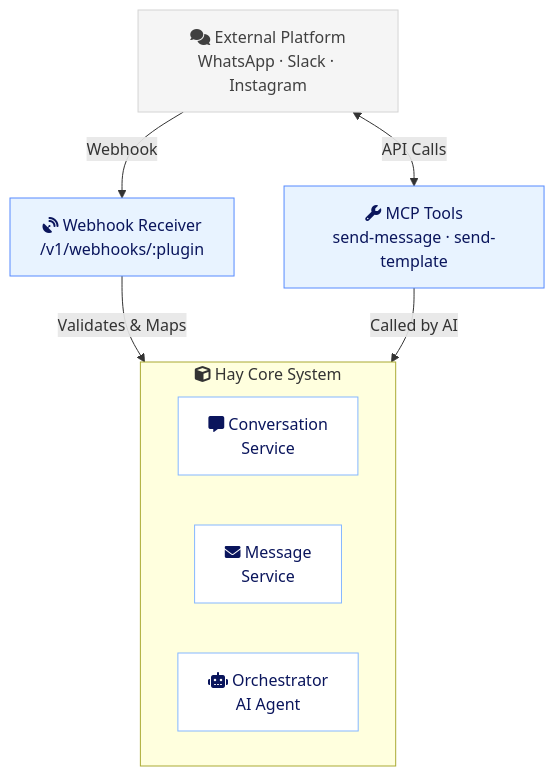
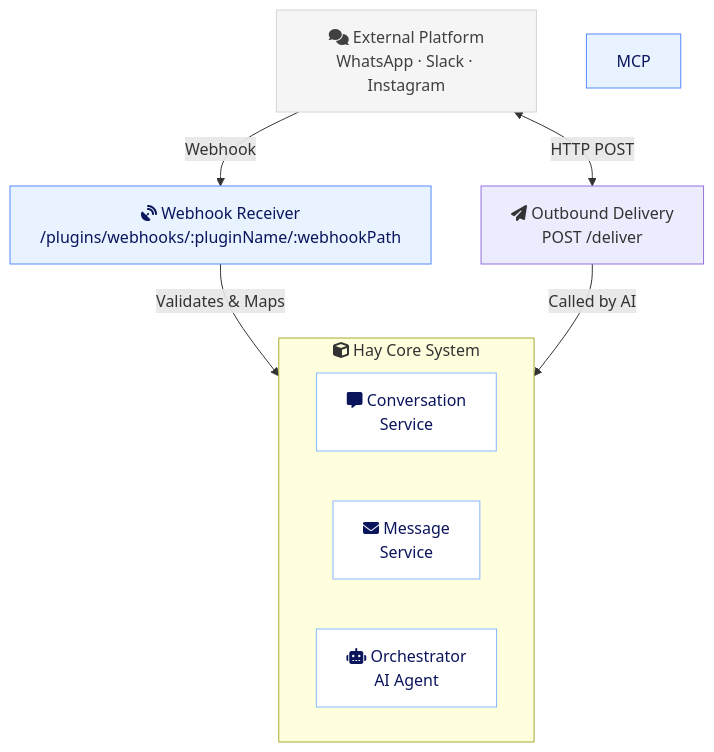
Before and after one commit to hay-chat/hay-docs: the diagram in technical/plugins/channel-architecture.md, drawn with Mermaid. The commit also changed other lines of this file and 3 other files, not shown here.

Commit message:
docs: audit fixes for plugin docs (api-reference, channel-architecture, channel-registration, quick-reference)

````diff
--- a/technical/plugins/channel-architecture.md
+++ b/technical/plugins/channel-architecture.md
@@ -39,23 +39,23 @@
 ```mermaid
 flowchart TD
   Platform["fa:fa-comments External Platform<br/>WhatsApp · Slack · Instagram"]
 
-  Platform -->|"Webhook"| Receiver["fa:fa-satellite-dish Webhook Receiver<br/>/v1/webhooks/:plugin"]
-  Platform <-->|"API Calls"| MCP["fa:fa-wrench MCP Tools<br/>send-message · send-template"]
+  Platform -->|"Webhook"| Receiver["fa:fa-satellite-dish Webhook Receiver<br/>/plugins/webhooks/:pluginName/:webhookPath"]
+  Platform <-->|"HTTP POST"| Deliver["fa:fa-paper-plane Outbound Delivery<br/>POST /deliver"]
 
   Receiver -->|"Validates & Maps"| Core
-  MCP -->|"Called by AI"| Core
+  Deliver -->|"Called by AI"| Core
 
   subgraph Core["fa:fa-cube  Hay Core System"]
     Conv["fa:fa-message Conversation<br/>Service"]
     Msg["fa:fa-envelope Message<br/>Service"]
     Orch["fa:fa-robot Orchestrator<br/>AI Agent"]
   end
 
   style Platform fill:#f5f5f5,stroke:#d4d4d4,color:#404040
   style Receiver fill:#e8f3ff,stroke:#568aff,color:#0a155c
   style MCP fill:#e8f3ff,stroke:#568aff,color:#0a155c
   style Conv fill:#fff,stroke:#85b7ff,color:#0a155c
   style Msg fill:#fff,stroke:#85b7ff,color:#0a155c
   style Orch fill:#fff,stroke:#85b7ff,color:#0a155c
 ```
````
